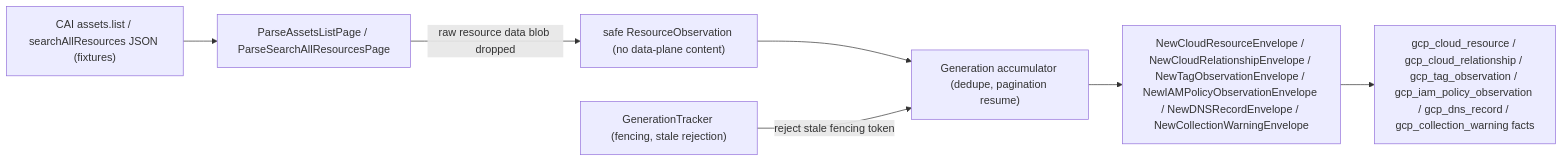
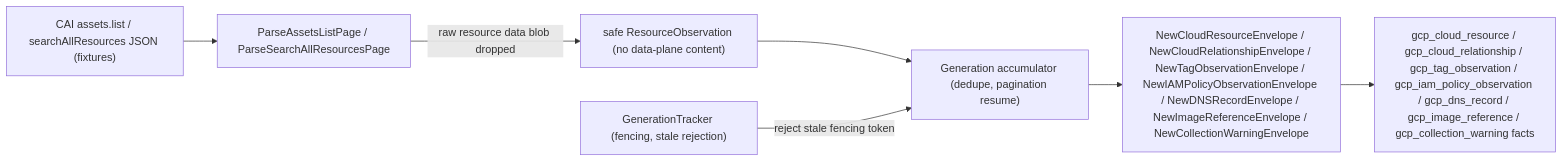
One commit to eshu-hq/eshu changed the diagram in go/internal/collector/gcpcloud/README.md. Above: the diagram before and after it, drawn with Mermaid. The commit also changed other lines of this file and 16 other files, not shown here.

Commit message:
Emit GCP image reference observations

````diff
--- a/go/internal/collector/gcpcloud/README.md
+++ b/go/internal/collector/gcpcloud/README.md
@@ -21,17 +21,17 @@
 ```mermaid
 flowchart LR
     Pages["CAI assets.list / searchAllResources JSON (fixtures)"]
     Parse["ParseAssetsListPage / ParseSearchAllResourcesPage"]
     Obs["safe ResourceObservation (no data-plane content)"]
     Gen["Generation accumulator (dedupe, pagination resume)"]
-    Env["NewCloudResourceEnvelope / NewCloudRelationshipEnvelope / NewTagObservationEnvelope / NewIAMPolicyObservationEnvelope / NewDNSRecordEnvelope / NewCollectionWarningEnvelope"]
+    Env["NewCloudResourceEnvelope / NewCloudRelationshipEnvelope / NewTagObservationEnvelope / NewIAMPolicyObservationEnvelope / NewDNSRecordEnvelope / NewImageReferenceEnvelope / NewCollectionWarningEnvelope"]
     Tracker["GenerationTracker (fencing, stale rejection)"]
-    Facts["gcp_cloud_resource / gcp_cloud_relationship / gcp_tag_observation / gcp_iam_policy_observation / gcp_dns_record / gcp_collection_warning facts"]
+    Facts["gcp_cloud_resource / gcp_cloud_relationship / gcp_tag_observation / gcp_iam_policy_observation / gcp_dns_record / gcp_image_reference / gcp_collection_warning facts"]
 
     Pages --> Parse
     Parse -->|"raw resource data blob dropped"| Obs
     Obs --> Gen
     Gen --> Env
     Tracker -->|"reject stale fencing token"| Gen
     Env --> Facts
 ```
````
